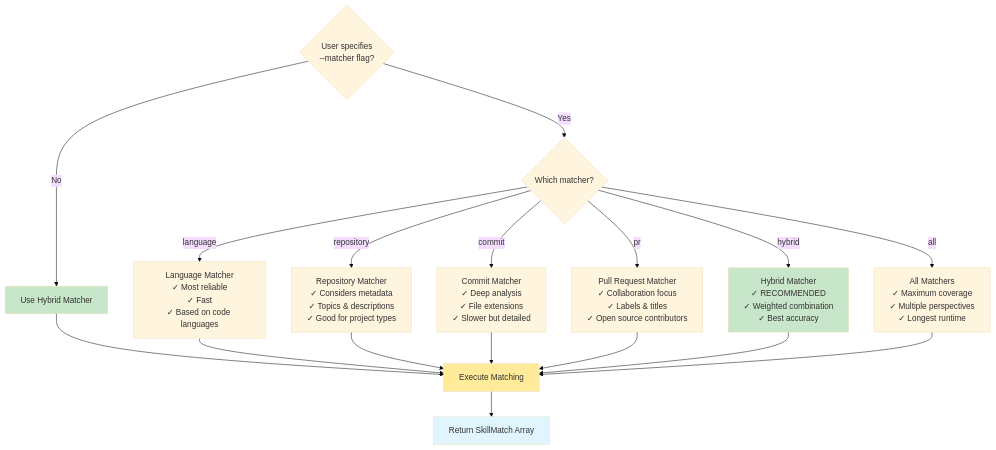
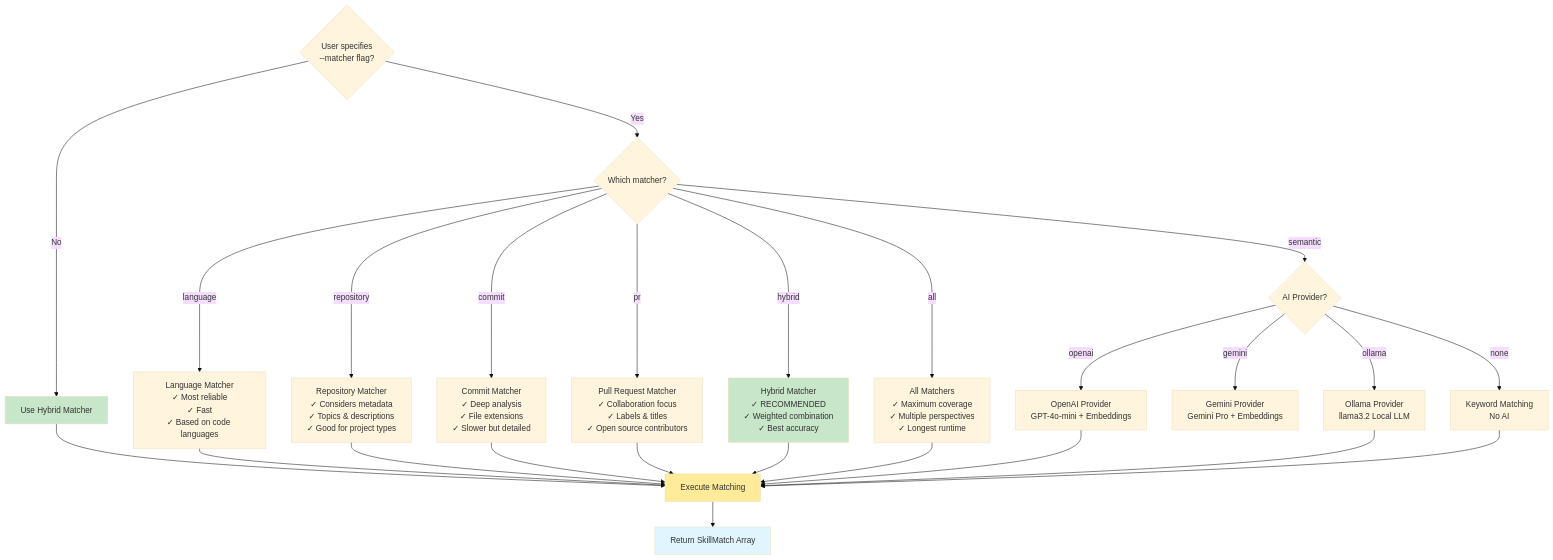
Before and after one commit to kondekarshubham123/Topcoder-Github-Skill-Import: the fifth of 16 diagrams in docs/DESIGN_FLOW.md, drawn with Mermaid (base theme). The commit also changed other lines of this file and 6 other files, not shown here.

Commit message:
AI Provider flags have been Added .. Support Ollama, Gemini, OpenAI

````diff
--- a/docs/DESIGN_FLOW.md
+++ b/docs/DESIGN_FLOW.md
@@ -102,34 +243,42 @@
 ```mermaid
 graph TD
     Start{User specifies<br/>--matcher flag?}
     
     Start --> |No| Default[Use Hybrid Matcher]
     Start --> |Yes| Check{Which matcher?}
     
     Check --> |language| UseLang[Language Matcher<br/>✓ Most reliable<br/>✓ Fast<br/>✓ Based on code languages]
     
     Check --> |repository| UseRepo[Repository Matcher<br/>✓ Considers metadata<br/>✓ Topics & descriptions<br/>✓ Good for project types]
     
     Check --> |commit| UseCommit[Commit Matcher<br/>✓ Deep analysis<br/>✓ File extensions<br/>✓ Slower but detailed]
     
     Check --> |pr| UsePR[Pull Request Matcher<br/>✓ Collaboration focus<br/>✓ Labels & titles<br/>✓ Open source contributors]
     
     Check --> |hybrid| UseHybrid[Hybrid Matcher<br/>✓ RECOMMENDED<br/>✓ Weighted combination<br/>✓ Best accuracy]
     
     Check --> |all| UseAll[All Matchers<br/>✓ Maximum coverage<br/>✓ Multiple perspectives<br/>✓ Longest runtime]
-    
+    Check --> |semantic| UseSemantic{AI Provider?}
+    UseSemantic --> |openai| UseOpenAI[OpenAI Provider<br/>GPT-4o-mini + Embeddings]
+    UseSemantic --> |gemini| UseGemini[Gemini Provider<br/>Gemini Pro + Embeddings]
+    UseSemantic --> |ollama| UseOllama[Ollama Provider<br/>llama3.2 Local LLM]
+    UseSemantic --> |none| UseKeyword[Keyword Matching<br/>No AI]
+
     Default --> Execute[Execute Matching]
     UseLang --> Execute
     UseRepo --> Execute
     UseCommit --> Execute
     UsePR --> Execute
     UseHybrid --> Execute
     UseAll --> Execute
+    UseOpenAI --> Execute
+    UseOllama --> Execute
+    UseKeyword --> Execute
     
     Execute --> Return[Return SkillMatch Array]
     
     style Default fill:#c8e6c9
     style UseHybrid fill:#c8e6c9
     style Execute fill:#ffeb99
     style Return fill:#e1f5ff
 ```
````
